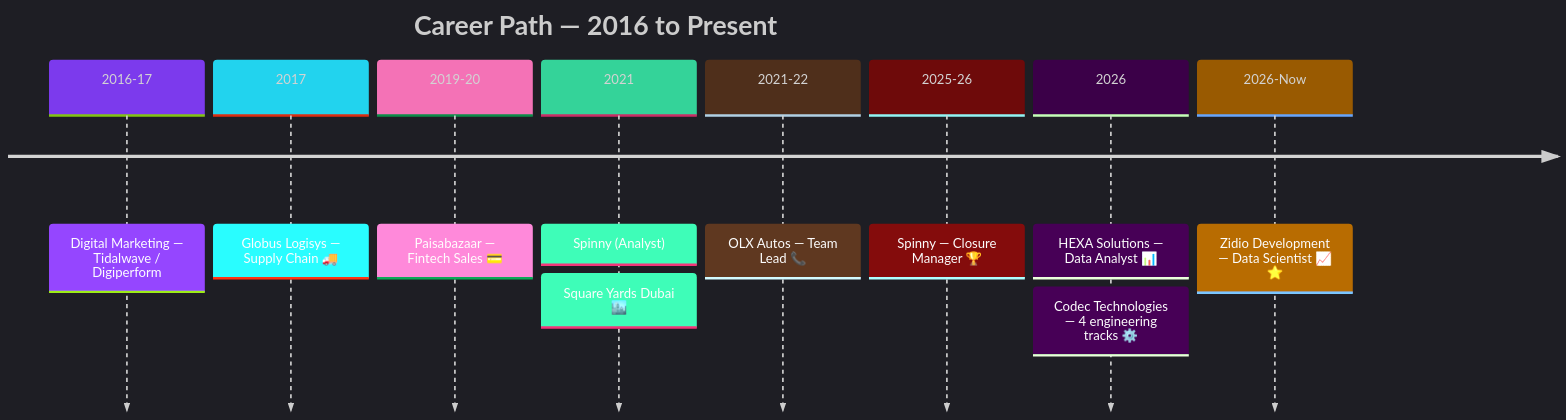
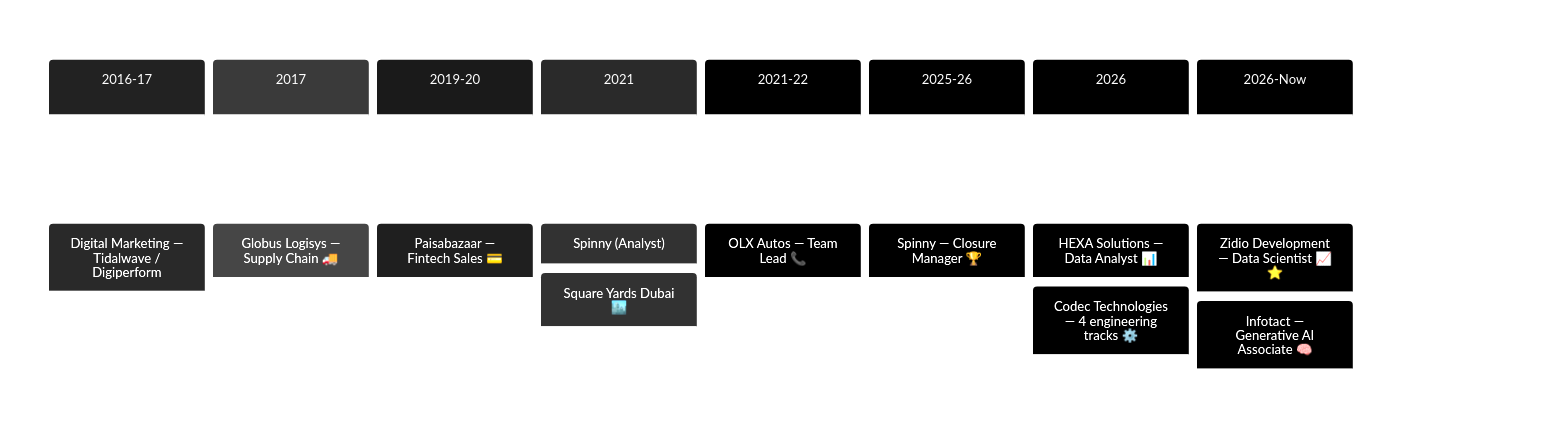
One commit to Eswar5313/Eswar5313 changed the diagram in EXPERIENCE.md. Above: the diagram before and after it, drawn with Mermaid. The commit also changed other lines of this file and 22 other files, not shown here.

````diff
--- a/EXPERIENCE.md
+++ b/EXPERIENCE.md
@@ -136,13 +135,13 @@
 ```mermaid
-%%{init: {'theme':'dark','themeVariables':{'primaryColor':'#1E1B4B','primaryTextColor':'#E5E7EB','primaryBorderColor':'#22D3EE','lineColor':'#7C3AED','cScale0':'#7C3AED','cScale1':'#22D3EE','cScale2':'#F472B6','cScale3':'#34D399','pie1':'#7C3AED','pie2':'#22D3EE','pie3':'#F472B6','pie4':'#34D399','pie5':'#A78BFA','pie6':'#FBBF24'}}}%%
+%%{init: {'theme':'base','themeVariables':{'primaryColor':'#222222','primaryTextColor':'#FFFFFF','primaryBorderColor':'#FFFFFF','lineColor':'#FFFFFF','secondaryColor':'#000000','tertiaryColor':'#1A1A1A','cScale0':'#222222','cScale1':'#3A3A3A','cScale2':'#1A1A1A','cScale3':'#2A2A2A','pie1':'#FFFFFF','pie2':'#C9CDD6','pie3':'#9A9A9A','pie4':'#6A6A6A','pie5':'#3A3A3A','pie6':'#1A1A1A','fontFamily':'Georgia, serif'}}}%%
 timeline
     title Career Path — 2016 to Present
     2016-17 : Digital Marketing — Tidalwave / Digiperform
     2017 : Globus Logisys — Supply Chain 🚚
     2019-20 : Paisabazaar — Fintech Sales 💳
     2021 : Spinny (Analyst) : Square Yards Dubai 🏙️
     2021-22 : OLX Autos — Team Lead 📞
     2025-26 : Spinny — Closure Manager 🏆
     2026 : HEXA Solutions — Data Analyst 📊 : Codec Technologies — 4 engineering tracks ⚙️
-    2026-Now : Zidio Development — Data Scientist 📈 ⭐
+    2026-Now : Zidio Development — Data Scientist 📈 ⭐ : Infotact — Generative AI Associate 🧠
 ```
````
